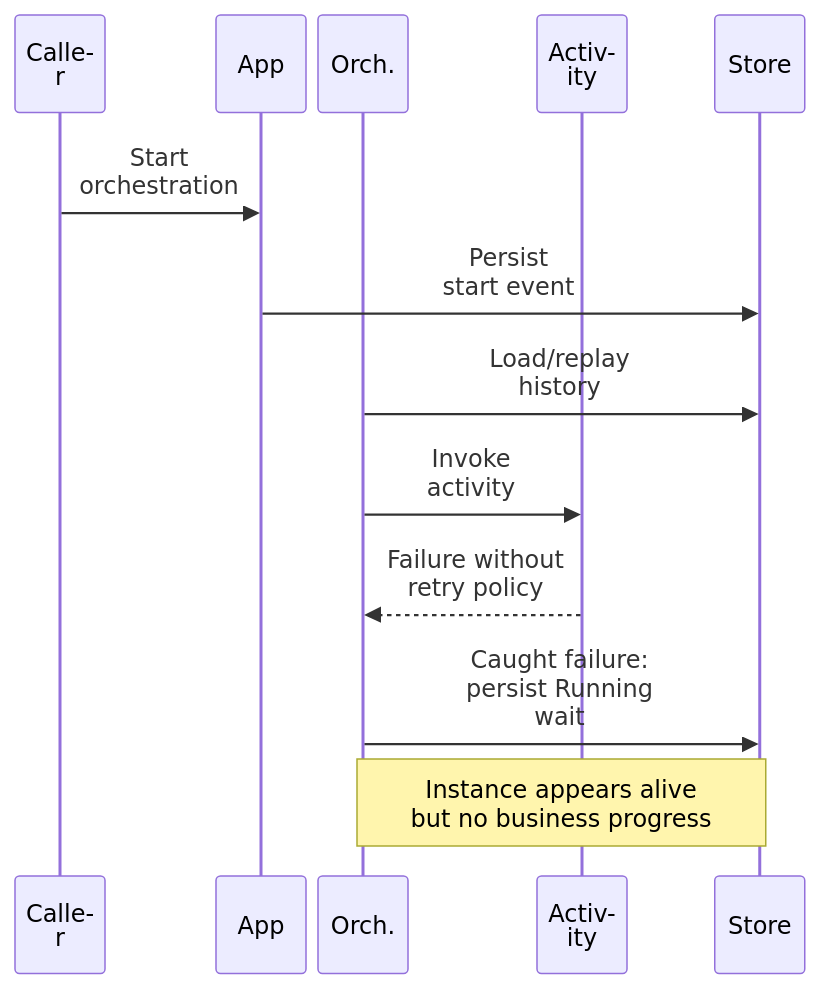
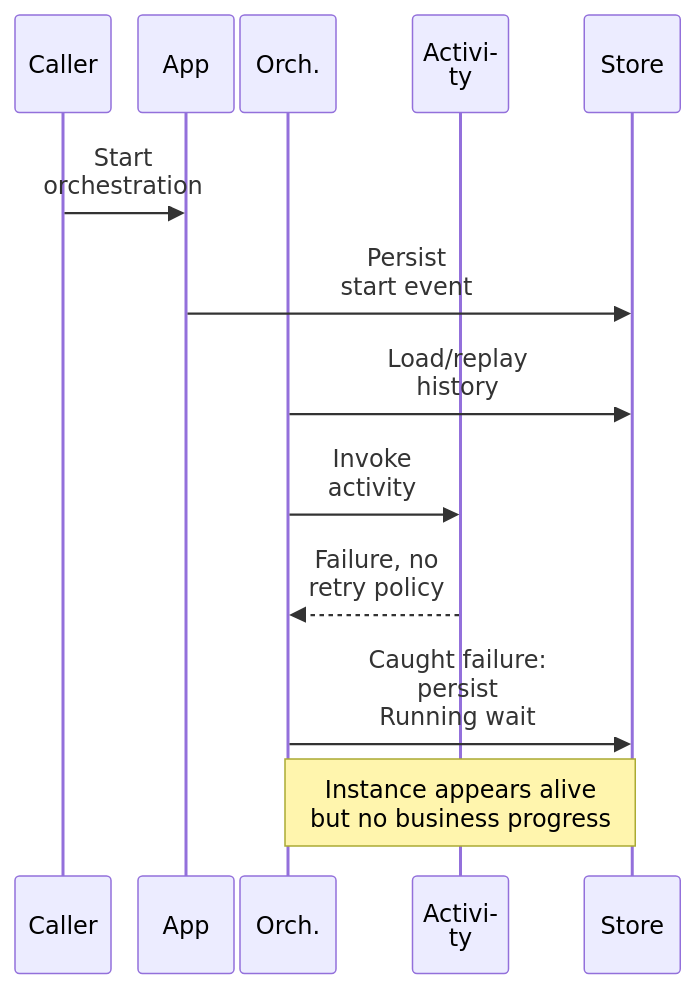
The third of 4 diagrams in docs/troubleshooting/playbooks/scaling/durable-orchestration-stuck.md (yeongseon/azure-functions-practical-guide), drawn with Mermaid before and after one commit. The commit also changed other lines of this file and 2 other files, not shown here.

Commit message:
docs(diagrams): widen Durable orchestration sequence text and specify scaling playbook diagram provenance (#576)

````diff
--- a/docs/troubleshooting/playbooks/scaling/durable-orchestration-stuck.md
+++ b/docs/troubleshooting/playbooks/scaling/durable-orchestration-stuck.md
@@ -158,18 +159,18 @@
 ```mermaid
-%%{init: {'sequence': {'diagramMarginX': 4, 'actorMargin': 8, 'width': 60, 'wrap': true, 'messageMargin': 30}}}%%
+%%{init: {'sequence': {'diagramMarginX': 4, 'actorMargin': 4, 'width': 64, 'wrap': true, 'messageMargin': 30}}}%%
 sequenceDiagram
     accTitle: Caught activity failure followed by an application wait
     accDescr: Illustrative logical sequence retaining caller, app, orchestrator, activity and storage roles. A caught activity failure is followed by an application wait with Running state, not an automatic consequence of missing retries.
     participant Client as Caller
     participant Func as App
     participant Orchestrator as Orch.
     participant Activity as Activity
     participant Store as Store
     Client->>Func: Start<br/>orchestration
     Func->>Store: Persist<br/>start event
     Orchestrator->>Store: Load/replay<br/>history
     Orchestrator->>Activity: Invoke<br/>activity
-    Activity-->>Orchestrator: Failure without<br/>retry policy
-    Orchestrator->>Store: Caught failure:<br/>persist Running<br/>wait
+    Activity-->>Orchestrator: Failure, no<br/>retry policy
+    Orchestrator->>Store: Caught failure:<br/>persist<br/>Running wait
     Note over Orchestrator,Store: Instance appears alive<br/>but no business progress
 ```
````
